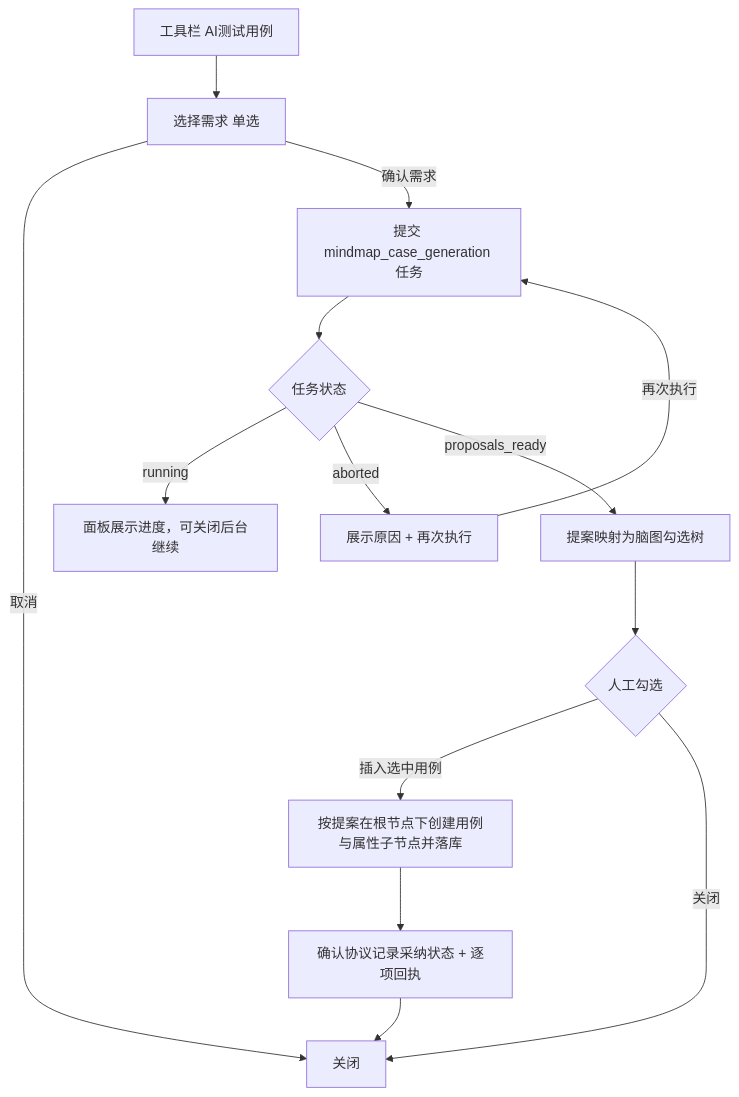
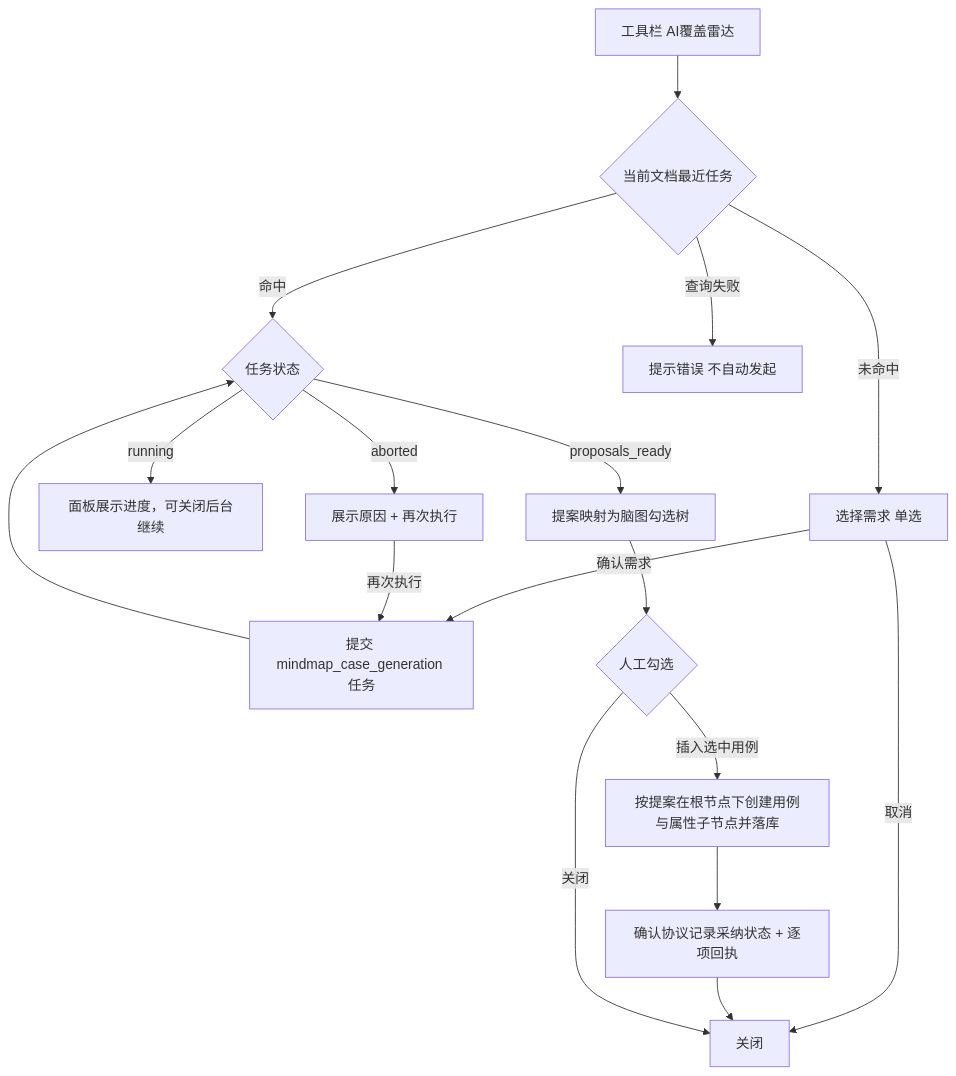
The second of 2 diagrams in docs/05-interaction-design/07-ai-capability/07-assisted-features-ui.md (XiaoMiSum/robotest), drawn with Mermaid before and after one commit. The commit also changed other lines of this file and 6 other files, not shown here.

Commit message:
📝 docs(ai): 脑图 AI 覆盖雷达复用当前文档最近任务并更新入口文档

````diff
--- a/docs/05-interaction-design/07-ai-capability/07-assisted-features-ui.md
+++ b/docs/05-interaction-design/07-ai-capability/07-assisted-features-ui.md
@@ -176,16 +176,19 @@
 ```mermaid
 flowchart TD
-  A[工具栏 AI测试用例] --> B[选择需求 单选]
+  A[工具栏 AI覆盖雷达] --> Q{当前文档最近任务}
+  Q -- 命中 --> D{任务状态}
+  Q -- 未命中 --> B[选择需求 单选]
+  Q -- 查询失败 --> X[提示错误 不自动发起]
   B -- 取消 --> Z[关闭]
   B -- 确认需求 --> C[提交 mindmap_case_generation 任务]
-  C --> D{任务状态}
+  C --> D
   D -- running --> P[面板展示进度，可关闭后台继续]
   D -- aborted --> E[展示原因 + 再次执行]
   D -- proposals_ready --> F[提案映射为脑图勾选树]
   F --> G{人工勾选}
   G -- 插入选中用例 --> H[按提案在根节点下创建用例与属性子节点并落库]
   H --> I[确认协议记录采纳状态 + 逐项回执]
   I --> Z
   G -- 关闭 --> Z
   E -- 再次执行 --> C
 ```
````
